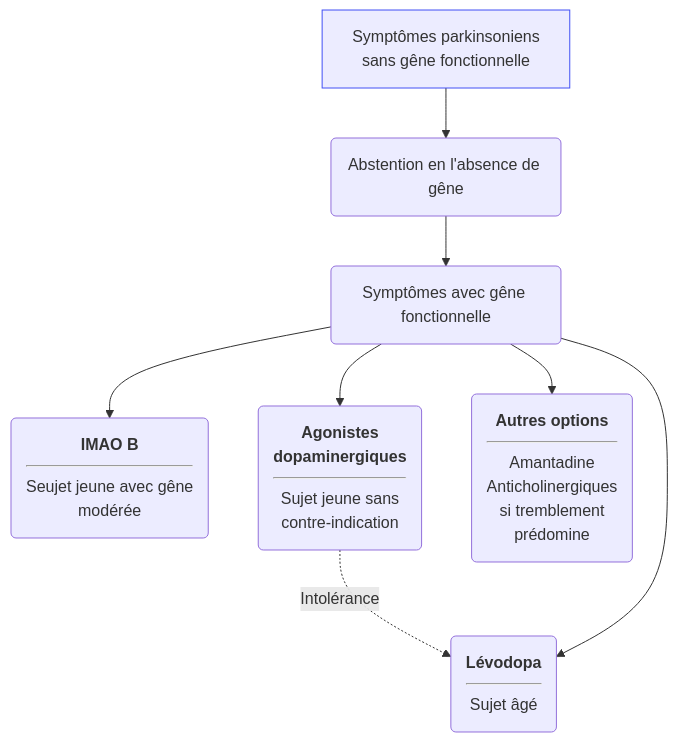
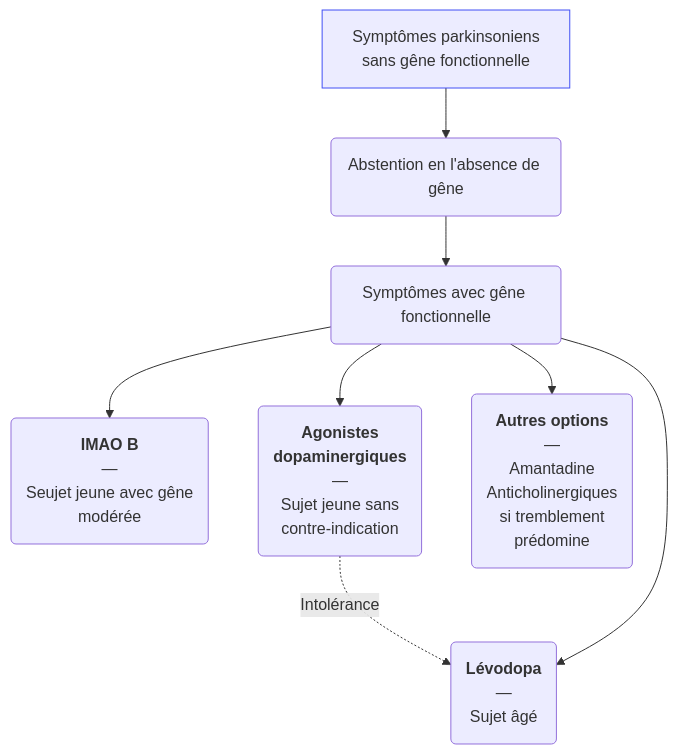
One commit to djibe/recommandations-medicales changed the first of 2 diagrams in content/recommandations/maladie-parkinson.md. Above: the diagram before and after it, drawn with Mermaid. The commit also changed 51 other files, not shown here.

```diff
--- a/content/recommandations/maladie-parkinson.md
+++ b/content/recommandations/maladie-parkinson.md
@@ -435,9 +435,9 @@
 {{< mermaid title="Traitement médicamenteux des troubles moteurs au début de la Maladie de Parkinson. Dr JB Fron d'après HAS 2016">}}
 graph TB
   Parkinson[Symptômes parkinsoniens<br>sans gêne fonctionnelle] --> abstention(Abstention en l'absence de gêne) --> gêne(Symptômes avec gêne fonctionnelle)
   style Parkinson stroke:#4150f5, stroke-width:1px
-    gêne --> IMAOB("<b>IMAO B</b><hr>Seujet jeune avec gêne<br>modérée")
-    gêne --> agonistes("<b>Agonistes<br>dopaminergiques</b><hr>Sujet jeune sans<br>contre-indication") -. Intolérance .-> Levodopa
-    gêne --> Levodopa("<b>Lévodopa</b><hr>Sujet âgé")
-    gêne --> autres("<b>Autres options</b><hr>Amantadine<br>Anticholinergiques<br>si tremblement<br>prédomine")
+    gêne --> IMAOB("<b>IMAO B</b><br>—<br>Seujet jeune avec gêne<br>modérée")
+    gêne --> agonistes("<b>Agonistes<br>dopaminergiques</b><br>—<br>Sujet jeune sans<br>contre-indication") -. Intolérance .-> Levodopa
+    gêne --> Levodopa("<b>Lévodopa</b><br>—<br>Sujet âgé")
+    gêne --> autres("<b>Autres options</b><br>—<br>Amantadine<br>Anticholinergiques<br>si tremblement<br>prédomine")
 {{< /mermaid >}}
```
